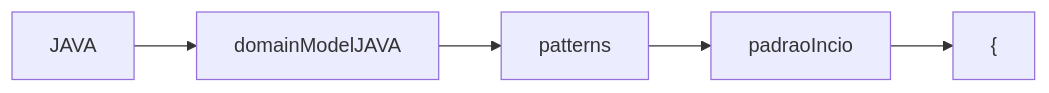
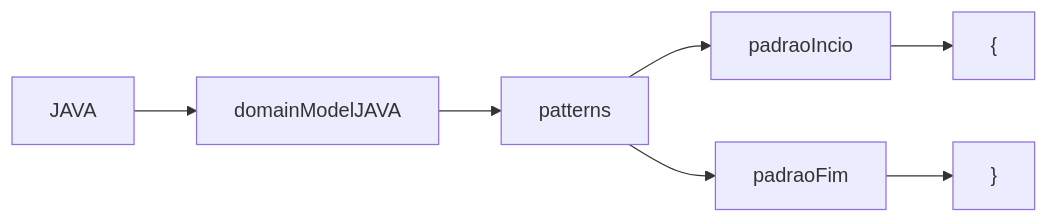
The third of 3 diagrams in mapeando-codigo.md (HamiltonVentura/MapperIdea), drawn with Mermaid before and after one commit.

````diff
--- a/mapeando-codigo.md
+++ b/mapeando-codigo.md
@@ -37,7 +37,9 @@
  ```mermaid
 flowchart LR
      JAVA --> domainModelJAVA;
      domainModelJAVA --> patterns;
      patterns --> padraoIncio;
+     patterns --> padraoFim;
      padraoIncio --> B["{"];
+     padraoFim --> F["}"];
 ```
````
